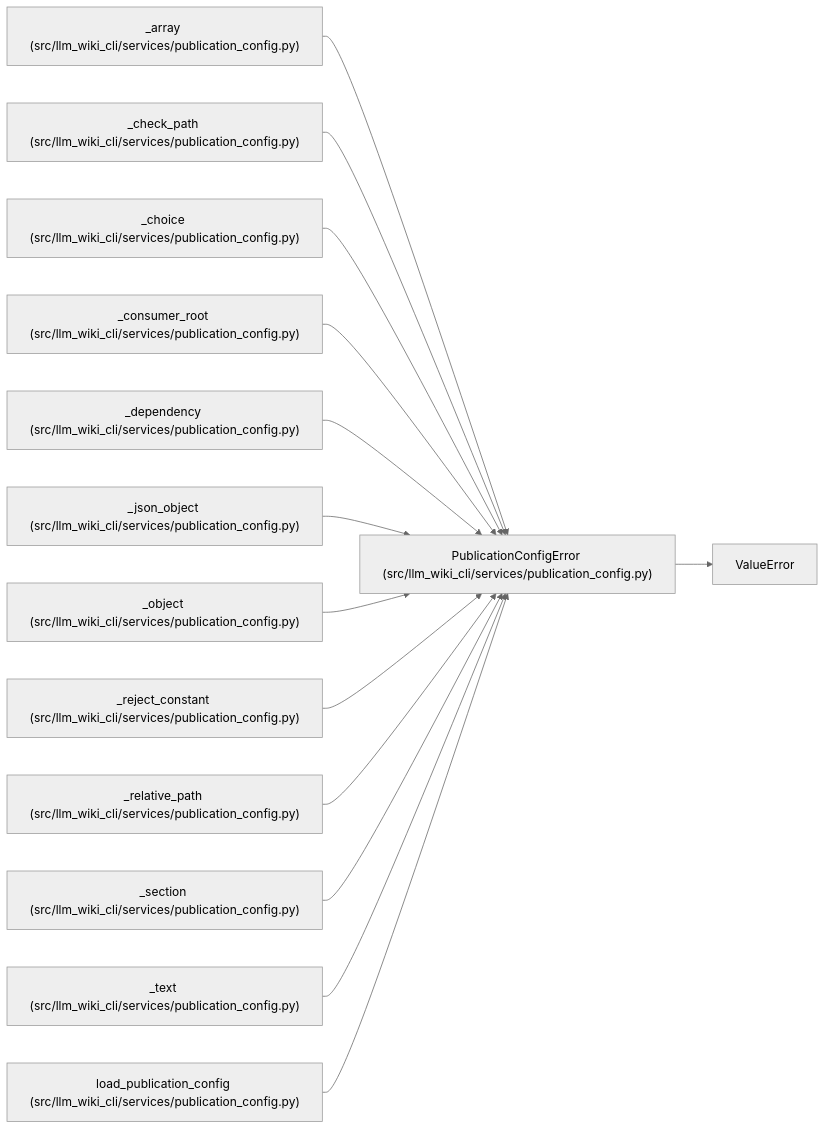
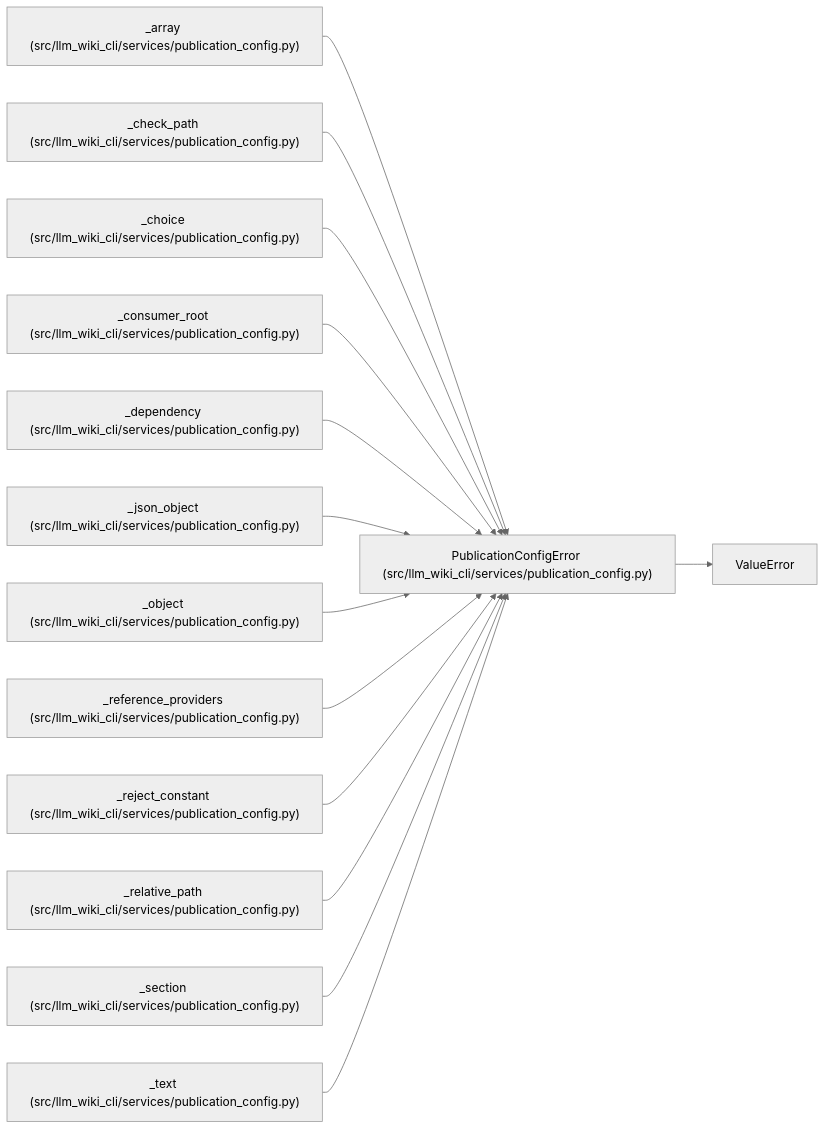
Before and after one commit to Denissvgn/python-wiki-llm: the diagram in docs/llm_wiki/entities/PublicationConfigError.md, drawn with Mermaid (neutral theme). The commit also changed other lines of this file and 468 other files, not shown here.

Commit message:
feat: add stable CLI reference data to wiki review

````diff
--- a/docs/llm_wiki/entities/PublicationConfigError.md
+++ b/docs/llm_wiki/entities/PublicationConfigError.md
@@ -25,43 +25,43 @@
 ```mermaid
 flowchart LR
     n0["PublicationConfigError (src/llm_wiki_cli/services/publication_config.py)"]
     n1["ValueError"]
     n2["_array (src/llm_wiki_cli/services/publication_config.py)"]
     n3["_check_path (src/llm_wiki_cli/services/publication_config.py)"]
     n4["_choice (src/llm_wiki_cli/services/publication_config.py)"]
     n5["_consumer_root (src/llm_wiki_cli/services/publication_config.py)"]
     n6["_dependency (src/llm_wiki_cli/services/publication_config.py)"]
     n7["_json_object (src/llm_wiki_cli/services/publication_config.py)"]
     n8["_object (src/llm_wiki_cli/services/publication_config.py)"]
-    n9["_reject_constant (src/llm_wiki_cli/services/publication_config.py)"]
-    n10["_relative_path (src/llm_wiki_cli/services/publication_config.py)"]
-    n11["_section (src/llm_wiki_cli/services/publication_config.py)"]
-    n12["_text (src/llm_wiki_cli/services/publication_config.py)"]
-    n13["load_publication_config (src/llm_wiki_cli/services/publication_config.py)"]
+    n9["_reference_providers (src/llm_wiki_cli/services/publication_config.py)"]
+    n10["_reject_constant (src/llm_wiki_cli/services/publication_config.py)"]
+    n11["_relative_path (src/llm_wiki_cli/services/publication_config.py)"]
+    n12["_section (src/llm_wiki_cli/services/publication_config.py)"]
+    n13["_text (src/llm_wiki_cli/services/publication_config.py)"]
     n0 --> n1
     n2 --> n0
     n3 --> n0
     n4 --> n0
     n5 --> n0
     n6 --> n0
     n7 --> n0
     n8 --> n0
     n9 --> n0
     n10 --> n0
     n11 --> n0
     n12 --> n0
     n13 --> n0
     click n0 "../modules/publication_config.md"
     click n2 "../modules/publication_config.md"
     click n3 "../modules/publication_config.md"
     click n4 "../modules/publication_config.md"
     click n5 "../modules/publication_config.md"
     click n6 "../modules/publication_config.md"
     click n7 "../modules/publication_config.md"
     click n8 "../modules/publication_config.md"
     click n9 "../modules/publication_config.md"
     click n10 "../modules/publication_config.md"
     click n11 "../modules/publication_config.md"
     click n12 "../modules/publication_config.md"
     click n13 "../modules/publication_config.md"
 ```
````
